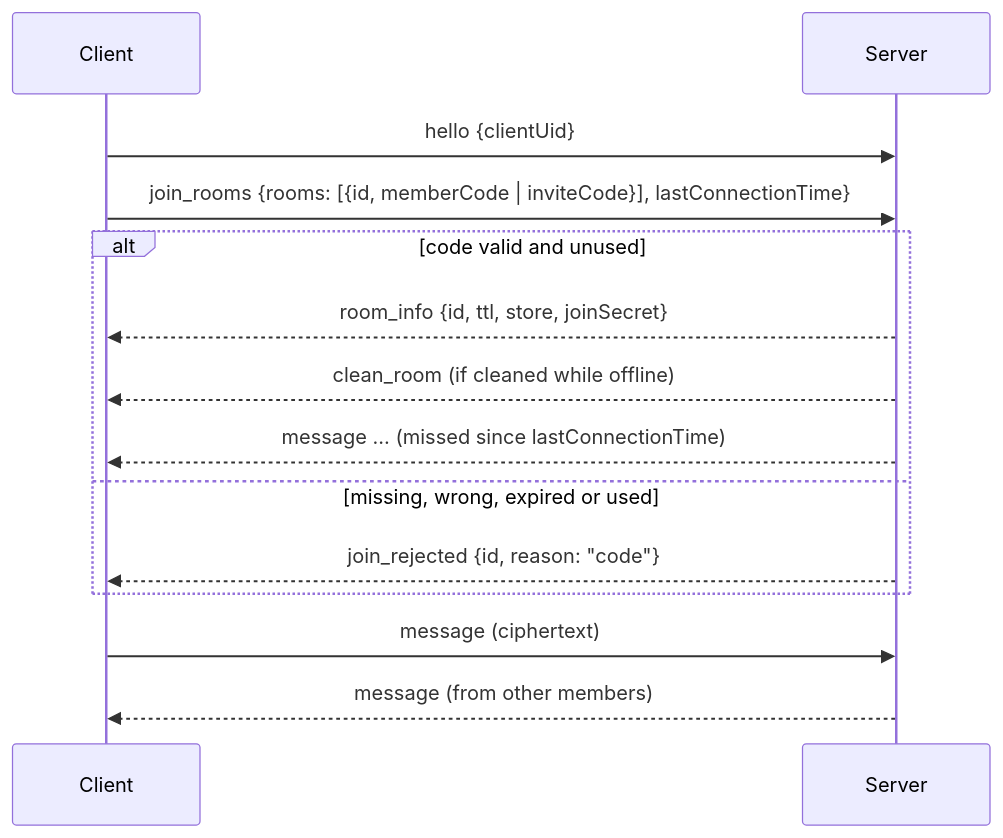
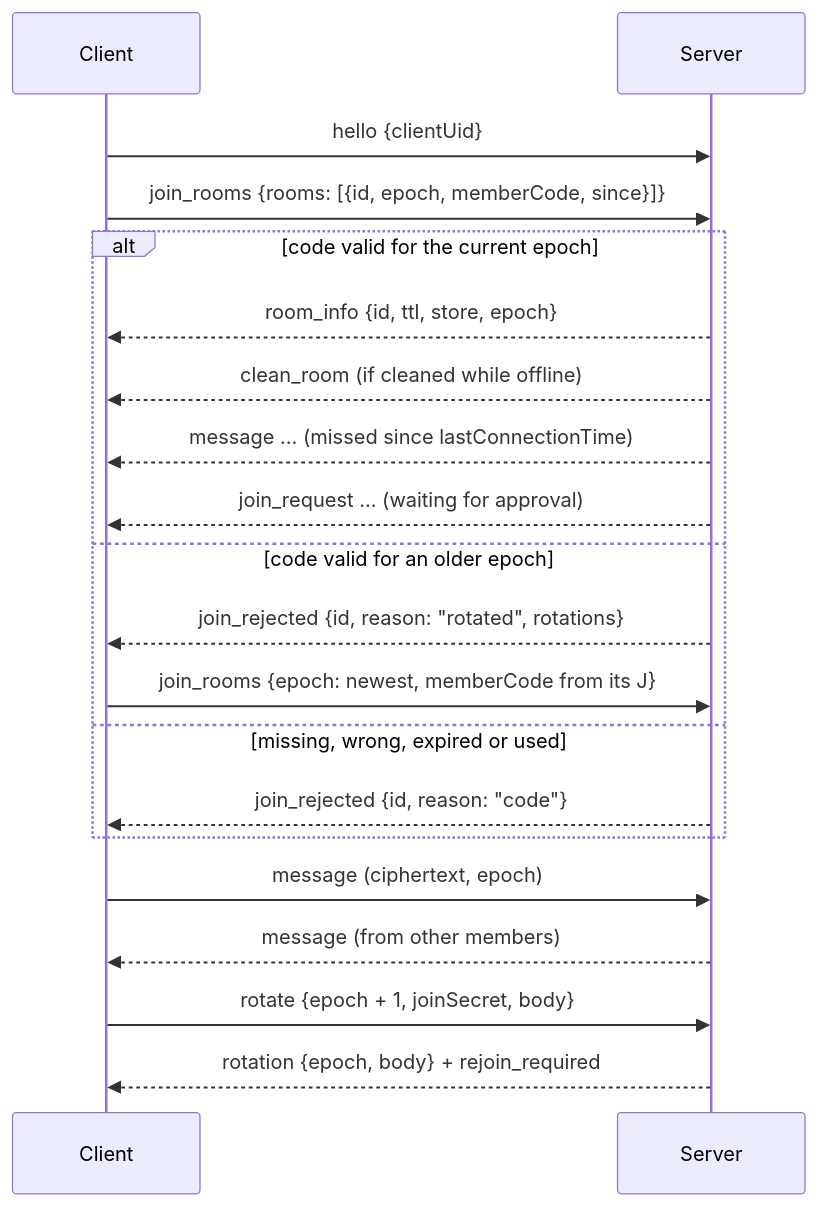
One commit to benonidev/chatbit changed the fourth of 4 diagrams in README.md. Above: the diagram before and after it, drawn with Mermaid. The commit also changed other lines of this file and 59 other files, not shown here.

````diff
--- a/README.md
+++ b/README.md
@@ -331,17 +382,23 @@
 ```mermaid
 sequenceDiagram
     participant C as Client
     participant S as Server
 
     C->>S: hello {clientUid}
-    C->>S: join_rooms {rooms: [{id, memberCode | inviteCode}], lastConnectionTime}
-    alt code valid and unused
-        S-->>C: room_info {id, ttl, store, joinSecret}
+    C->>S: join_rooms {rooms: [{id, epoch, memberCode, since}]}
+    alt code valid for the current epoch
+        S-->>C: room_info {id, ttl, store, epoch}
         S-->>C: clean_room (if cleaned while offline)
         S-->>C: message … (missed since lastConnectionTime)
+        S-->>C: join_request … (waiting for approval)
+    else code valid for an older epoch
+        S-->>C: join_rejected {id, reason: "rotated", rotations}
+        C->>S: join_rooms {epoch: newest, memberCode from its J}
     else missing, wrong, expired or used
         S-->>C: join_rejected {id, reason: "code"}
     end
-    C->>S: message (ciphertext)
+    C->>S: message (ciphertext, epoch)
     S-->>C: message (from other members)
+    C->>S: rotate {epoch + 1, joinSecret, body}
+    S-->>C: rotation {epoch, body} + rejoin_required
 ```
````
